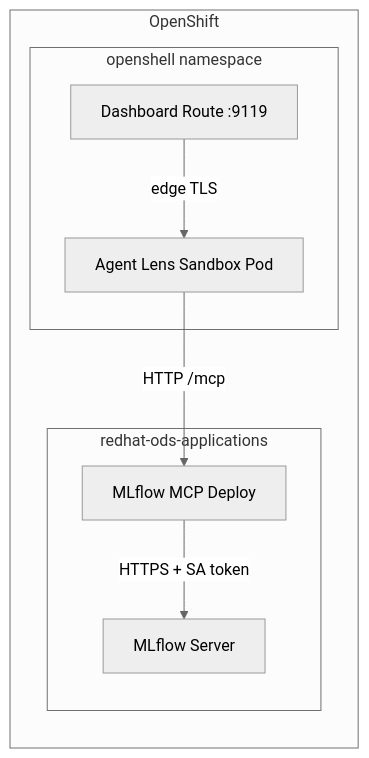
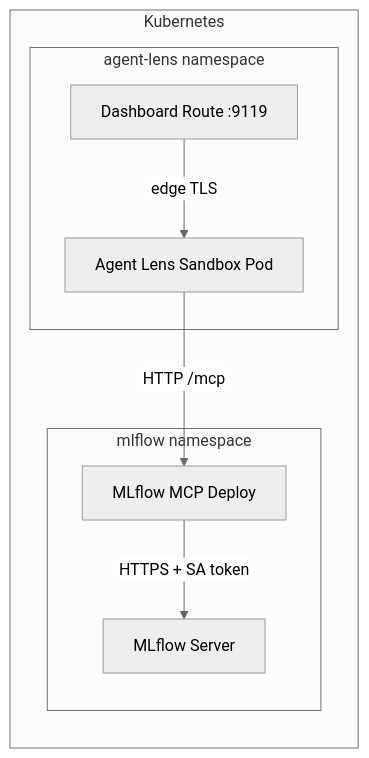
Before and after one commit to rrbanda/agent-lens: the second of 2 diagrams in docs-site/docs/architecture.md, drawn with Mermaid. The commit also changed 2 other files, not shown here.

Commit message:
docs: rewrite README for upstream appeal, remove OpenShift AI refs
Rewrote README from 575 lines to 216 — focused, scannable, developer-first.

Removed:
- 7-persona table with internal milestone numbers (M1-M5)
- "Four pillars" section (enterprise framing)
- "What Agent Lens is NOT" (defensive tone)
- 19-row features table with status columns
- 16-row verified-end-to-end test results table
- Full troubleshooting section (moved to docs site)
- Known limitations table (moved to docs site)
- Full project layout tree
- Block diagram with "16 Hermes Skills"
- redhat-ods-applications namespace in docs-site architecture

Added:
- Conversational example right at the top
- Clean 16-skill table (name + description only)
- CI/CD quality gate code example
- Framework-agnostic messaging throughout
- Links to docs site for detailed content

Architecture and getting-started pages updated to use
"Kubernetes" and "mlflow namespace" instead of OpenShift-specific terms.

````diff
--- a/docs-site/docs/architecture.md
+++ b/docs-site/docs/architecture.md
@@ -132,18 +132,18 @@
 ```mermaid
 %%{init: {'theme': 'neutral'}}%%
 graph LR
-    subgraph OpenShift
-        subgraph openshell-ns["openshell namespace"]
+    subgraph Kubernetes
+        subgraph agent-ns["agent-lens namespace"]
             Sandbox[Agent Lens Sandbox Pod]
             Dashboard[Dashboard Route :9119]
         end
-        subgraph rhoai-ns["redhat-ods-applications"]
+        subgraph mlflow-ns["mlflow namespace"]
             MCP[MLflow MCP Deploy]
             MLflow[MLflow Server]
         end
     end
     
     Sandbox -->|HTTP /mcp| MCP
     MCP -->|HTTPS + SA token| MLflow
     Dashboard -->|edge TLS| Sandbox
 ```
````
